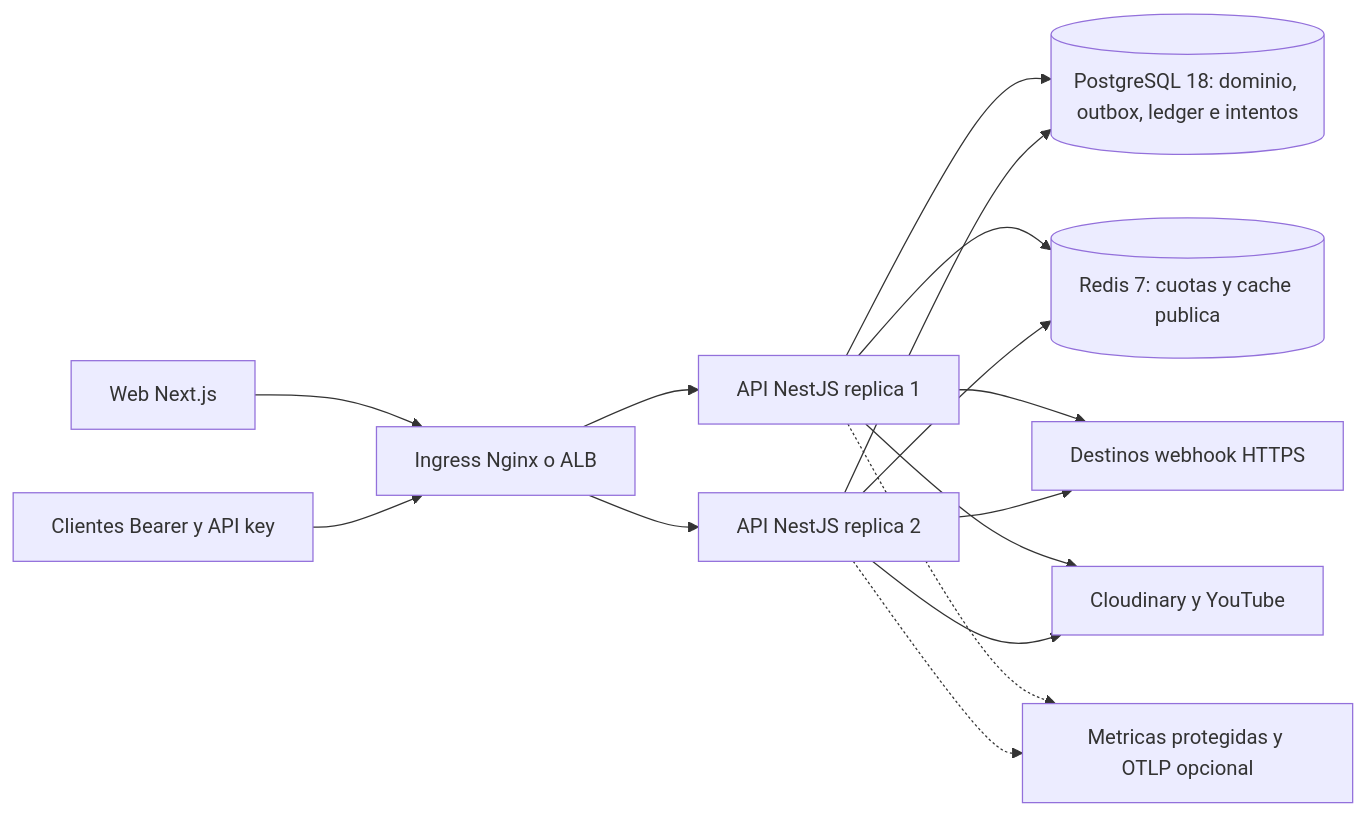
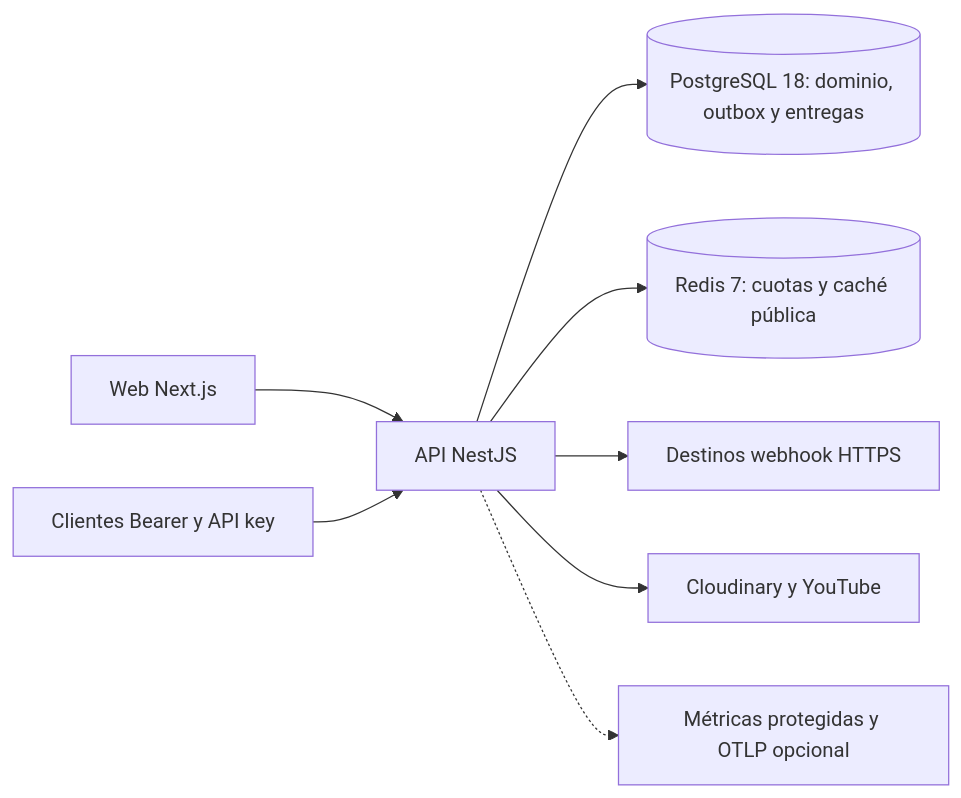
The second of 4 diagrams in docs/technical/01_architecture.md (No-Country-simulation/S03-26-Equipo-10-Web-App-Development), drawn with Mermaid before and after one commit. The commit also changed other lines of this file and 71 other files, not shown here.

````diff
--- a/docs/technical/01_architecture.md
+++ b/docs/technical/01_architecture.md
@@ -105,17 +105,10 @@
 ```mermaid
 flowchart LR
-    W[Web Next.js] --> E[Ingress Nginx o ALB]
-    C[Clientes Bearer y API key] --> E
-    E --> A[API NestJS replica 1]
-    E --> B[API NestJS replica 2]
-    A --> P[(PostgreSQL 18: dominio, outbox, ledger e intentos)]
-    B --> P
-    A --> R[(Redis 7: cuotas y cache publica)]
-    B --> R
+    W[Web Next.js] --> A[API NestJS]
+    C[Clientes Bearer y API key] --> A
+    A --> P[(PostgreSQL 18: dominio, outbox y entregas)]
+    A --> R[(Redis 7: cuotas y caché pública)]
     A --> H[Destinos webhook HTTPS]
-    B --> H
     A --> X[Cloudinary y YouTube]
-    B --> X
-    A -.-> O[Metricas protegidas y OTLP opcional]
-    B -.-> O
+    A -.-> O[Métricas protegidas y OTLP opcional]
 ```
````
